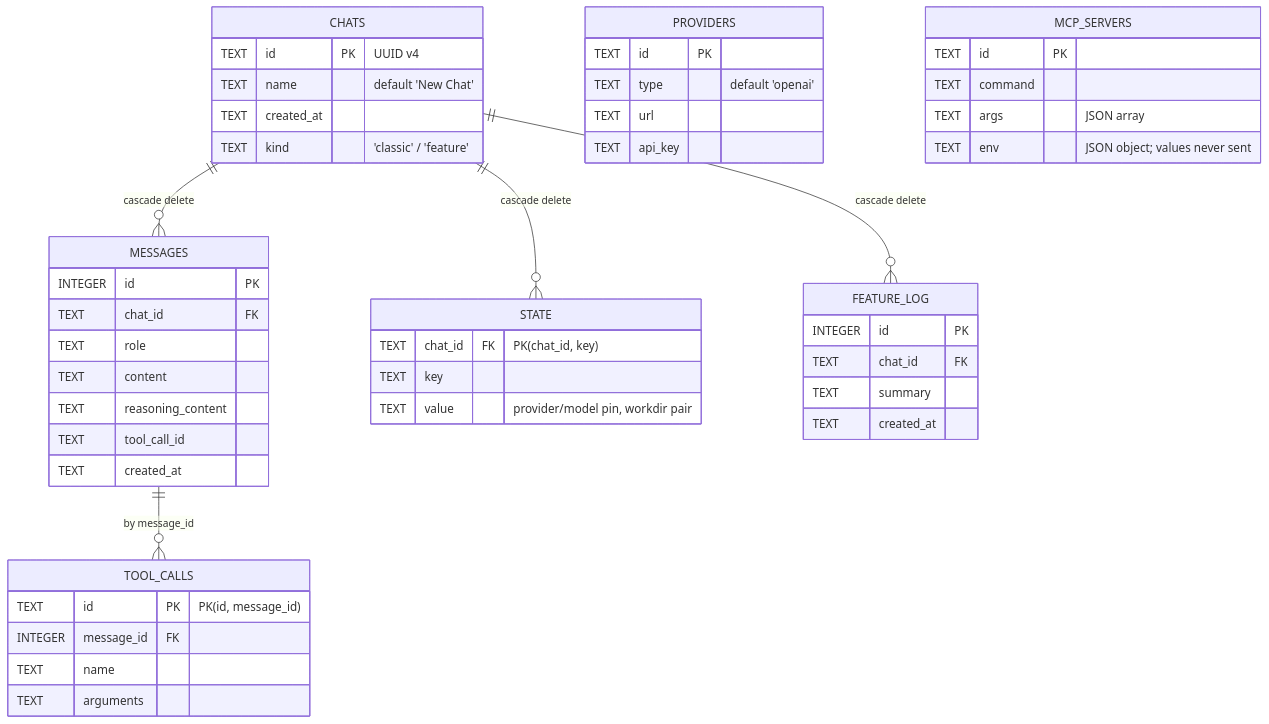
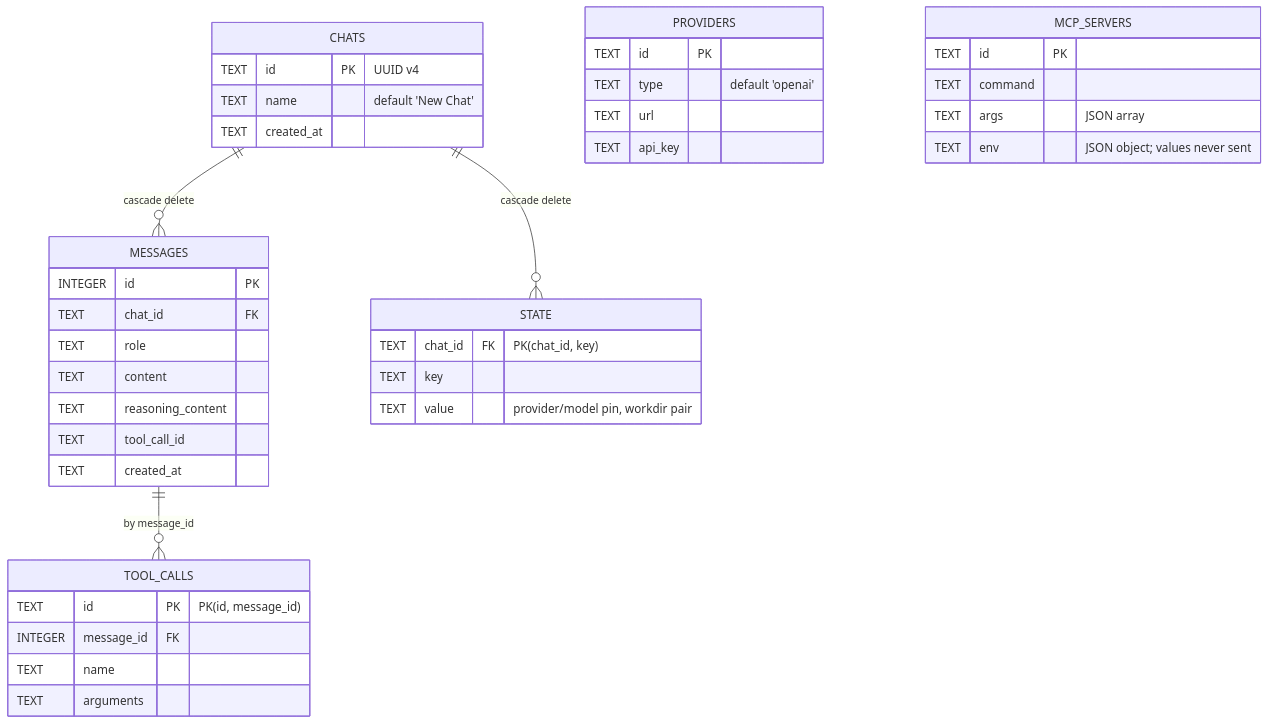
The sixth of 8 diagrams in docs/architecture-en.md (km0e/flux), drawn with Mermaid before and after one commit. The commit also changed other lines of this file and 69 other files, not shown here.

First line of the commit message:
Remove feature mode — chat kinds deleted, experimental line lives on the feature-mode branch

````diff
--- a/docs/architecture-en.md
+++ b/docs/architecture-en.md
@@ -306,52 +301,44 @@
 ```mermaid
 erDiagram
  CHATS ||--o{ MESSAGES : "cascade delete"
  CHATS ||--o{ STATE : "cascade delete"
- CHATS ||--o{ FEATURE_LOG : "cascade delete"
  MESSAGES ||--o{ TOOL_CALLS : "by message_id"
 
  CHATS {
  TEXT id PK "UUID v4"
  TEXT name "default 'New Chat'"
  TEXT created_at
- TEXT kind "'classic' / 'feature'"
  }
  MESSAGES {
  INTEGER id PK
  TEXT chat_id FK
  TEXT role
  TEXT content
  TEXT reasoning_content
  TEXT tool_call_id
  TEXT created_at
  }
  TOOL_CALLS {
  TEXT id PK "PK(id, message_id)"
  INTEGER message_id FK
  TEXT name
  TEXT arguments
  }
  STATE {
  TEXT chat_id FK "PK(chat_id, key)"
  TEXT key
  TEXT value "provider/model pin, workdir pair"
  }
  PROVIDERS {
  TEXT id PK
  TEXT type "default 'openai'"
  TEXT url
  TEXT api_key
  }
  MCP_SERVERS {
  TEXT id PK
  TEXT command
  TEXT args "JSON array"
  TEXT env "JSON object; values never sent"
  }
- FEATURE_LOG {
- INTEGER id PK
- TEXT chat_id FK
- TEXT summary
- TEXT created_at
- }
 ```
````
